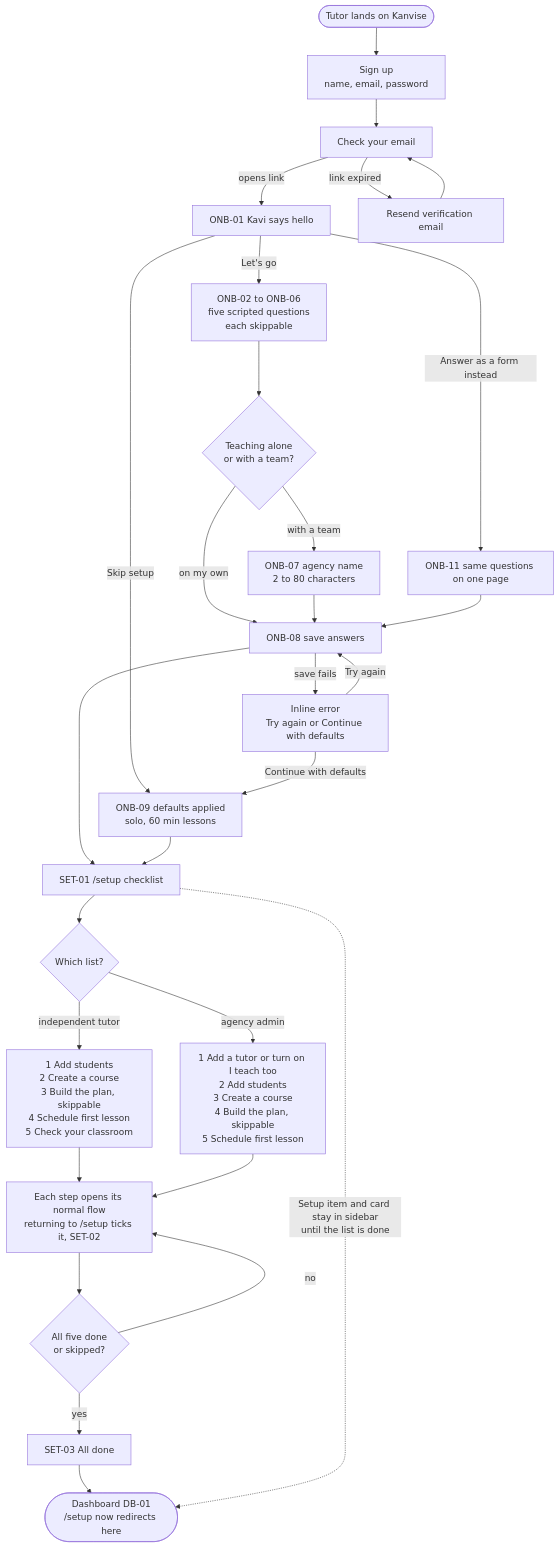
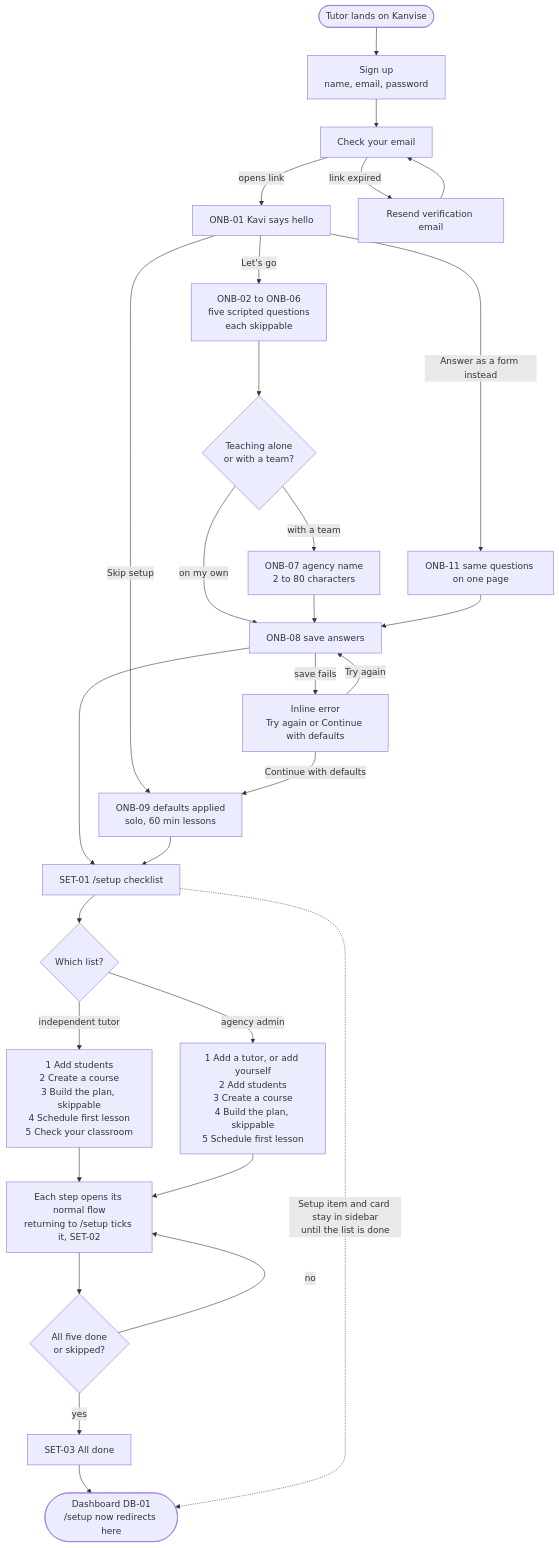
The diagram in docs/design/user-flows/diagrams/src/01-onboarding-setup.mmd (KingUsang/Kanvise), drawn with Mermaid before and after one commit. The commit also changed 24 other files, not shown here.

Commit message:
docs(design): approve D-22, remove I teach too (D-29), add Add me as a tutor and Switch role across specs, flows and QA

```diff
--- a/docs/design/user-flows/diagrams/src/01-onboarding-setup.mmd
+++ b/docs/design/user-flows/diagrams/src/01-onboarding-setup.mmd
@@ -1,29 +1,29 @@
 flowchart TD
   A(["Tutor lands on Kanvise"]) --> B["Sign up<br/>name, email, password"]
   B --> C["Check your email"]
   C -->|"opens link"| D["ONB-01 Kavi says hello"]
   C -->|"link expired"| C2["Resend verification email"]
   C2 --> C
   D -->|"Let's go"| E["ONB-02 to ONB-06<br/>five scripted questions<br/>each skippable"]
   D -->|"Answer as a form instead"| F["ONB-11 same questions on one page"]
   D -->|"Skip setup"| G["ONB-09 defaults applied<br/>solo, 60 min lessons"]
   E --> H{"Teaching alone<br/>or with a team?"}
   H -->|"with a team"| I["ONB-07 agency name<br/>2 to 80 characters"]
   H -->|"on my own"| J["ONB-08 save answers"]
   I --> J
   F --> J
   J -->|"save fails"| K["Inline error<br/>Try again or Continue with defaults"]
   K -->|"Try again"| J
   K -->|"Continue with defaults"| G
   J --> L["SET-01 /setup checklist"]
   G --> L
   L --> M{"Which list?"}
   M -->|"independent tutor"| N["1 Add students<br/>2 Create a course<br/>3 Build the plan, skippable<br/>4 Schedule first lesson<br/>5 Check your classroom"]
-  M -->|"agency admin"| O["1 Add a tutor or turn on I teach too<br/>2 Add students<br/>3 Create a course<br/>4 Build the plan, skippable<br/>5 Schedule first lesson"]
+  M -->|"agency admin"| O["1 Add a tutor, or add yourself<br/>2 Add students<br/>3 Create a course<br/>4 Build the plan, skippable<br/>5 Schedule first lesson"]
   N --> P["Each step opens its normal flow<br/>returning to /setup ticks it, SET-02"]
   O --> P
   P --> Q{"All five done<br/>or skipped?"}
   Q -->|"no"| P
   Q -->|"yes"| R["SET-03 All done"]
   R --> S(["Dashboard DB-01<br/>/setup now redirects here"])
   L -.->|"Setup item and card stay in sidebar<br/>until the list is done"| S
```
